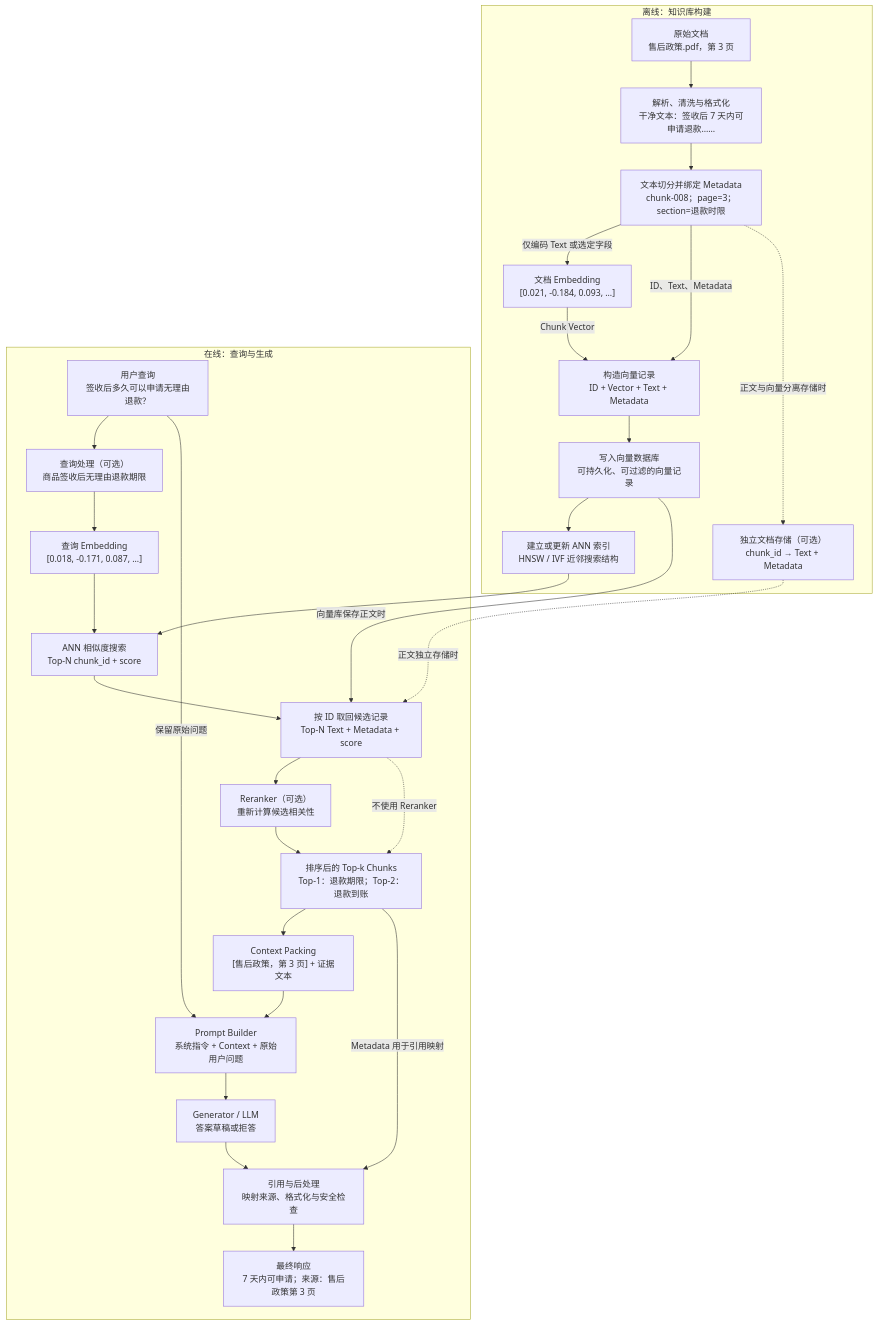
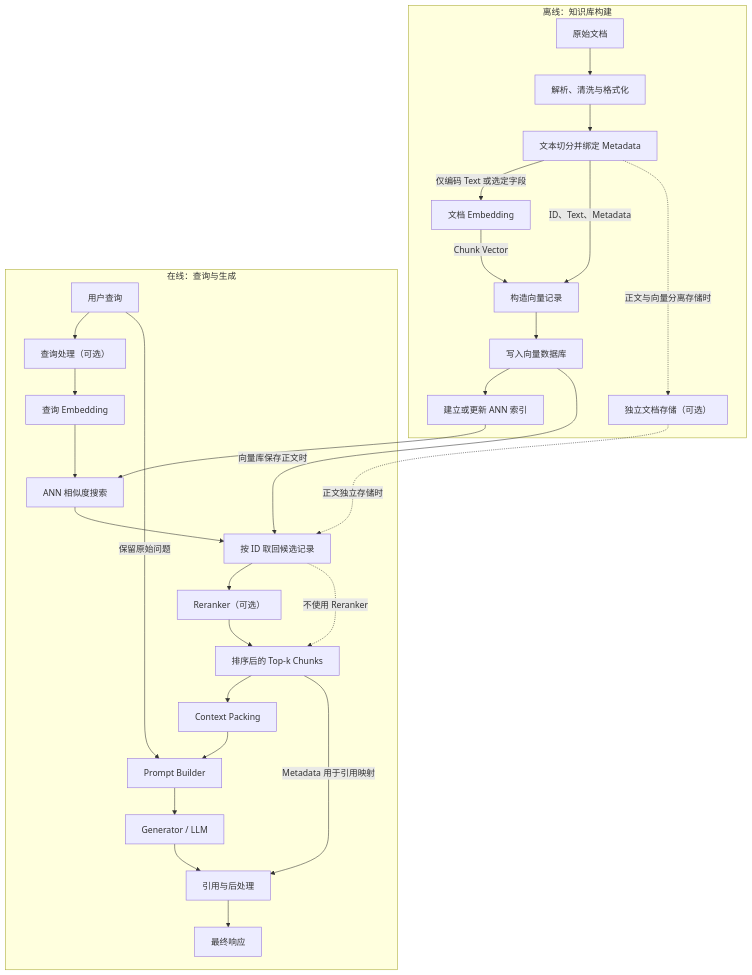
One commit to hitbug-11/RAG changed the second of 3 diagrams in notes/01-rag-data-flow.md. Above: the diagram before and after it, drawn with Mermaid. The commit also changed other lines of this file, not shown here.

Commit message:
docs: simplify RAG data flow diagram

````diff
--- a/notes/01-rag-data-flow.md
+++ b/notes/01-rag-data-flow.md
@@ -69,46 +69,46 @@
 ```mermaid
 flowchart TB
     subgraph OFFLINE["离线：知识库构建"]
-        D["原始文档<br/>售后政策.pdf，第 3 页"]
-        P["解析、清洗与格式化<br/>干净文本：签收后 7 天内可申请退款……"]
-        CM["文本切分并绑定 Metadata<br/>chunk-008；page=3；section=退款时限"]
-        E["文档 Embedding<br/>[0.021, -0.184, 0.093, ...]"]
-        REC["构造向量记录<br/>ID + Vector + Text + Metadata"]
-        DB["写入向量数据库<br/>可持久化、可过滤的向量记录"]
-        ANN["建立或更新 ANN 索引<br/>HNSW / IVF 近邻搜索结构"]
-        DS["独立文档存储（可选）<br/>chunk_id → Text + Metadata"]
+        D["原始文档"]
+        P["解析、清洗与格式化"]
+        CM["文本切分并绑定 Metadata"]
+        E["文档 Embedding"]
+        REC["构造向量记录"]
+        DB["写入向量数据库"]
+        ANN["建立或更新 ANN 索引"]
+        DS["独立文档存储（可选）"]
 
         D --> P --> CM
         CM -->|仅编码 Text 或选定字段| E
         E -->|Chunk Vector| REC
         CM -->|ID、Text、Metadata| REC
         REC --> DB --> ANN
         CM -.->|正文与向量分离存储时| DS
     end
 
     subgraph ONLINE["在线：查询与生成"]
-        Q["用户查询<br/>签收后多久可以申请无理由退款？"]
-        QP["查询处理（可选）<br/>商品签收后无理由退款期限"]
-        QE["查询 Embedding<br/>[0.018, -0.171, 0.087, ...]"]
-        RET["ANN 相似度搜索<br/>Top-N chunk_id + score"]
-        FETCH["按 ID 取回候选记录<br/>Top-N Text + Metadata + score"]
-        RR["Reranker（可选）<br/>重新计算候选相关性"]
-        TOPK["排序后的 Top-k Chunks<br/>Top-1：退款期限；Top-2：退款到账"]
-        CP["Context Packing<br/>[售后政策，第 3 页] + 证据文本"]
-        PB["Prompt Builder<br/>系统指令 + Context + 原始用户问题"]
-        G["Generator / LLM<br/>答案草稿或拒答"]
-        POST["引用与后处理<br/>映射来源、格式化与安全检查"]
-        O["最终响应<br/>7 天内可申请；来源：售后政策第 3 页"]
+        Q["用户查询"]
+        QP["查询处理（可选）"]
+        QE["查询 Embedding"]
+        RET["ANN 相似度搜索"]
+        FETCH["按 ID 取回候选记录"]
+        RR["Reranker（可选）"]
+        TOPK["排序后的 Top-k Chunks"]
+        CP["Context Packing"]
+        PB["Prompt Builder"]
+        G["Generator / LLM"]
+        POST["引用与后处理"]
+        O["最终响应"]
 
         Q --> QP --> QE --> RET
         ANN --> RET
         RET --> FETCH
         DB -->|向量库保存正文时| FETCH
         DS -.->|正文独立存储时| FETCH
         FETCH --> RR --> TOPK
         FETCH -.->|不使用 Reranker| TOPK
         TOPK --> CP --> PB --> G --> POST --> O
         TOPK -->|Metadata 用于引用映射| POST
         Q -->|保留原始问题| PB
     end
 ```
````
